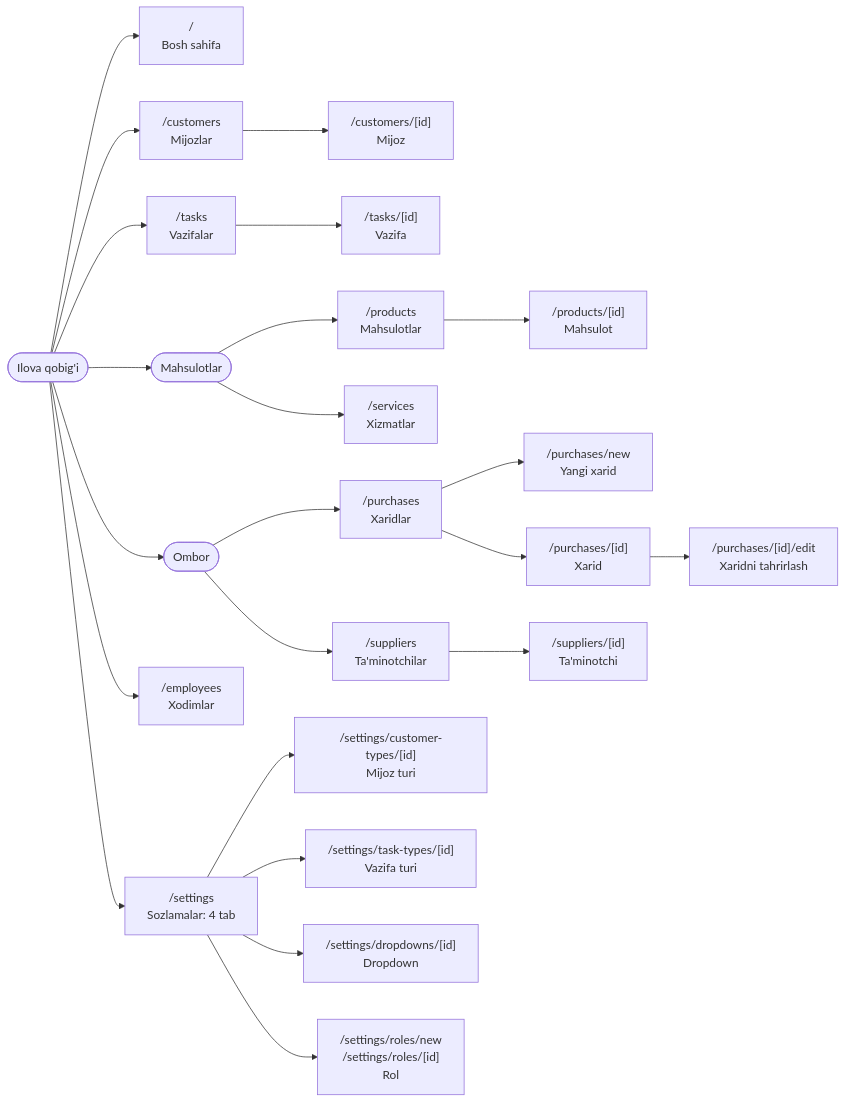
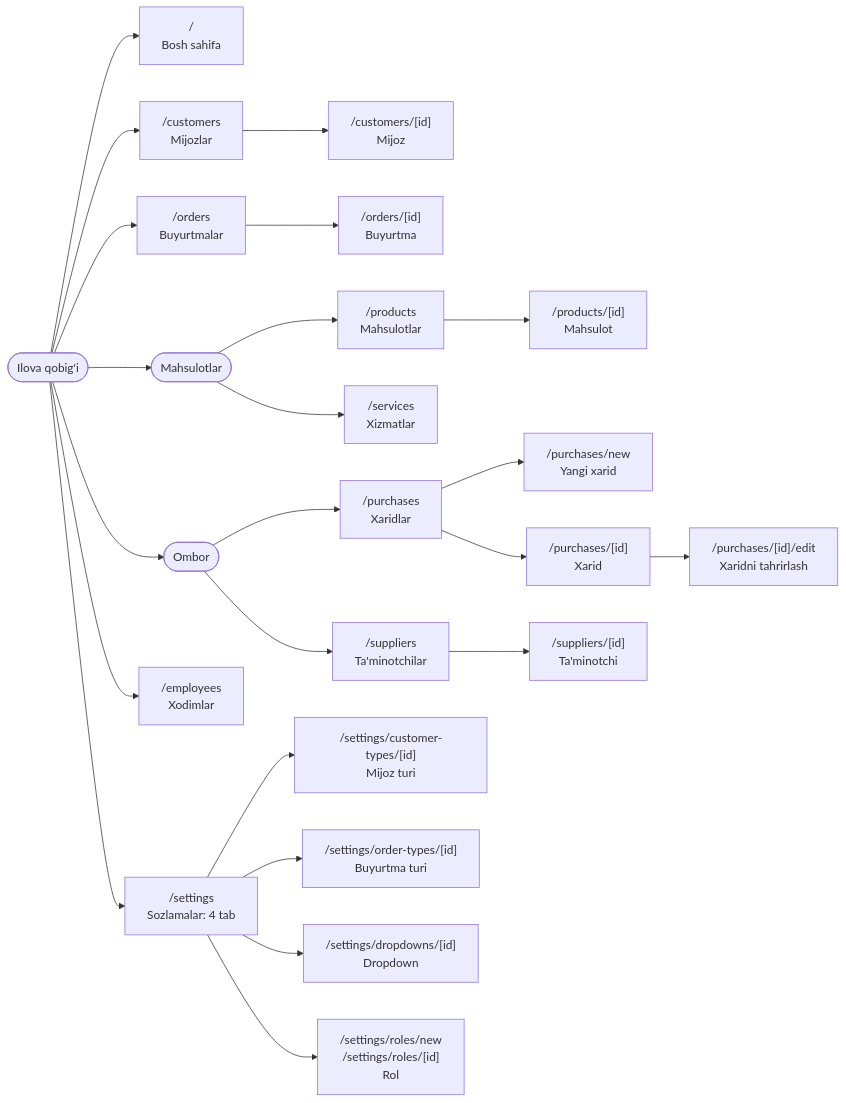
The first of 5 diagrams in docs/design/README.md (SalikhovID/hisob24), drawn with Mermaid before and after one commit. The commit also changed other lines of this file and 21 other files, not shown here.

````diff
--- a/docs/design/README.md
+++ b/docs/design/README.md
@@ -292,21 +292,21 @@
 ```mermaid
 flowchart LR
   shell(["Ilova qobig'i"]) --> home["/<br/>Bosh sahifa"]
   shell --> customers["/customers<br/>Mijozlar"] --> customer["/customers/[id]<br/>Mijoz"]
-  shell --> tasks["/tasks<br/>Vazifalar"] --> task["/tasks/[id]<br/>Vazifa"]
+  shell --> tasks["/orders<br/>Buyurtmalar"] --> task["/orders/[id]<br/>Buyurtma"]
   shell --> catalog(["Mahsulotlar"])
   catalog --> products["/products<br/>Mahsulotlar"] --> product["/products/[id]<br/>Mahsulot"]
   catalog --> services["/services<br/>Xizmatlar"]
   shell --> warehouse(["Ombor"])
   warehouse --> purchases["/purchases<br/>Xaridlar"]
   purchases --> pnew["/purchases/new<br/>Yangi xarid"]
   purchases --> purchase["/purchases/[id]<br/>Xarid"]
   purchase --> pedit["/purchases/[id]/edit<br/>Xaridni tahrirlash"]
   warehouse --> suppliers["/suppliers<br/>Ta'minotchilar"] --> supplier["/suppliers/[id]<br/>Ta'minotchi"]
   shell --> employees["/employees<br/>Xodimlar"]
   shell --> settings["/settings<br/>Sozlamalar: 4 tab"]
   settings --> ctype["/settings/customer-types/[id]<br/>Mijoz turi"]
-  settings --> ttype["/settings/task-types/[id]<br/>Vazifa turi"]
+  settings --> ttype["/settings/order-types/[id]<br/>Buyurtma turi"]
   settings --> ddown["/settings/dropdowns/[id]<br/>Dropdown"]
   settings --> role["/settings/roles/new<br/>/settings/roles/[id]<br/>Rol"]
 ```
````
